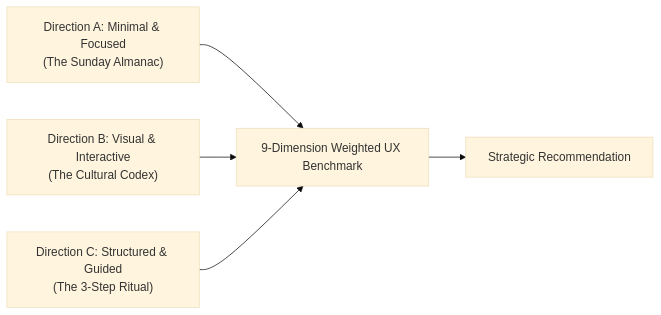
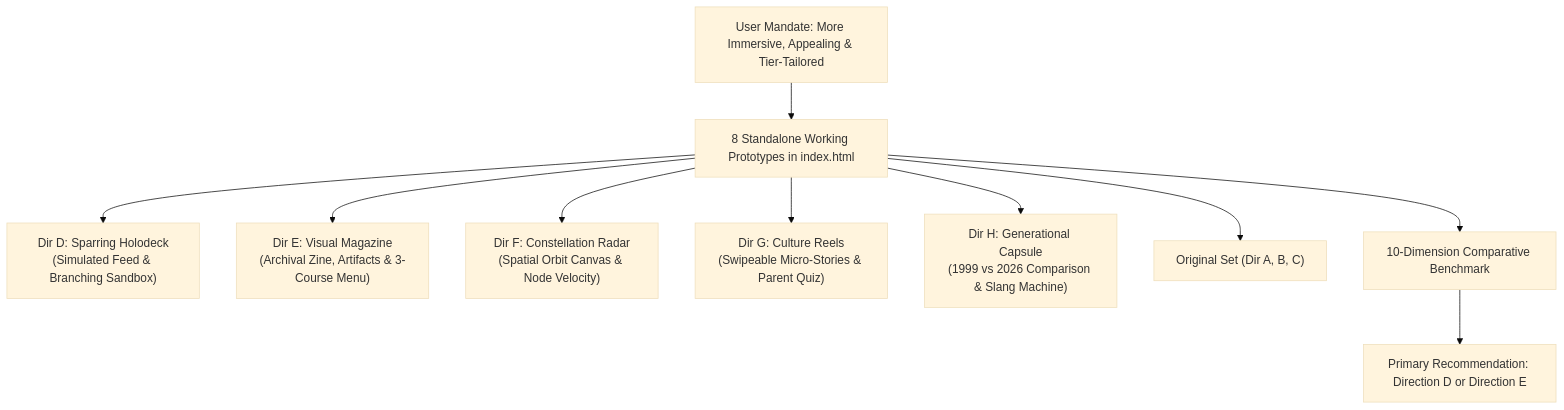
One commit to Souheil007/AlongSide changed the diagram in design-explorations/culture-digest/DESIGN_COMPARISON.md. Above: the diagram before and after it, drawn with Mermaid (base theme). The commit also changed other lines of this file and 7 other files, not shown here.

First line of the commit message:
docs(design): add 5 immersive Culture Digest prototypes and benchmark… (#75)

````diff
--- a/design-explorations/culture-digest/DESIGN_COMPARISON.md
+++ b/design-explorations/culture-digest/DESIGN_COMPARISON.md
@@ -20,11 +24,15 @@
 ```mermaid
-graph LR
-    A["Direction A: Minimal & Focused<br/>(The Sunday Almanac)"] 
-    B["Direction B: Visual & Interactive<br/>(The Cultural Codex)"]
-    C["Direction C: Structured & Guided<br/>(The 3-Step Ritual)"]
+graph TD
+    UserFeedback["User Mandate: More Immersive, Appealing & Tier-Tailored"]
+    UserFeedback --> Suite["8 Standalone Working Prototypes in index.html"]
     
-    A --> Eval["9-Dimension Weighted UX Benchmark"]
-    B --> Eval
-    C --> Eval
-    Eval --> Rec["Strategic Recommendation"]
+    Suite --> D["Dir D: Sparring Holodeck<br/>(Simulated Feed & Branching Sandbox)"]
+    Suite --> E["Dir E: Visual Magazine<br/>(Archival Zine, Artifacts & 3-Course Menu)"]
+    Suite --> F["Dir F: Constellation Radar<br/>(Spatial Orbit Canvas & Node Velocity)"]
+    Suite --> G["Dir G: Culture Reels<br/>(Swipeable Micro-Stories & Parent Quiz)"]
+    Suite --> H["Dir H: Generational Capsule<br/>(1999 vs 2026 Comparison & Slang Machine)"]
+    Suite --> Orig["Original Set (Dir A, B, C)"]
+    
+    Suite --> Matrix["10-Dimension Comparative Benchmark"]
+    Matrix --> Rec["Primary Recommendation: Direction D or Direction E"]
 ```
````
